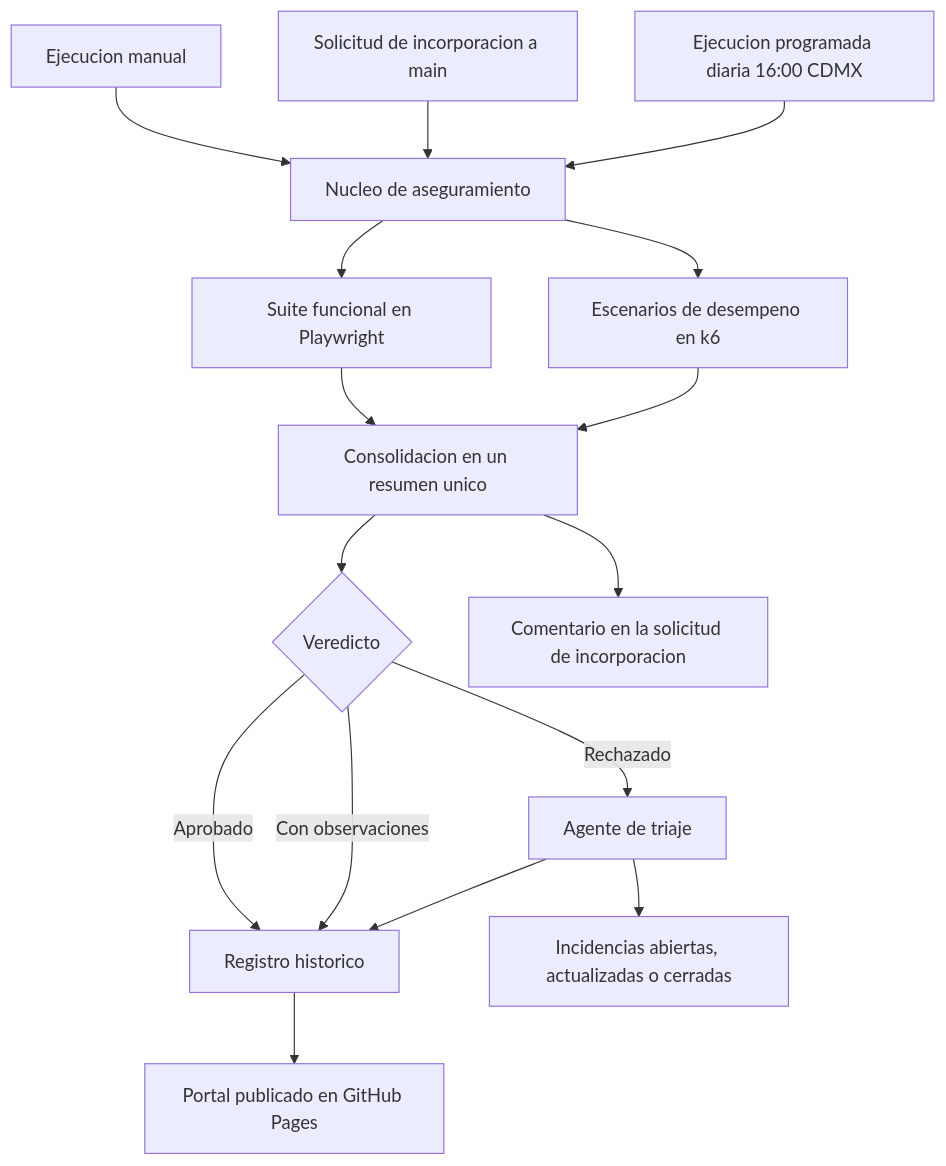
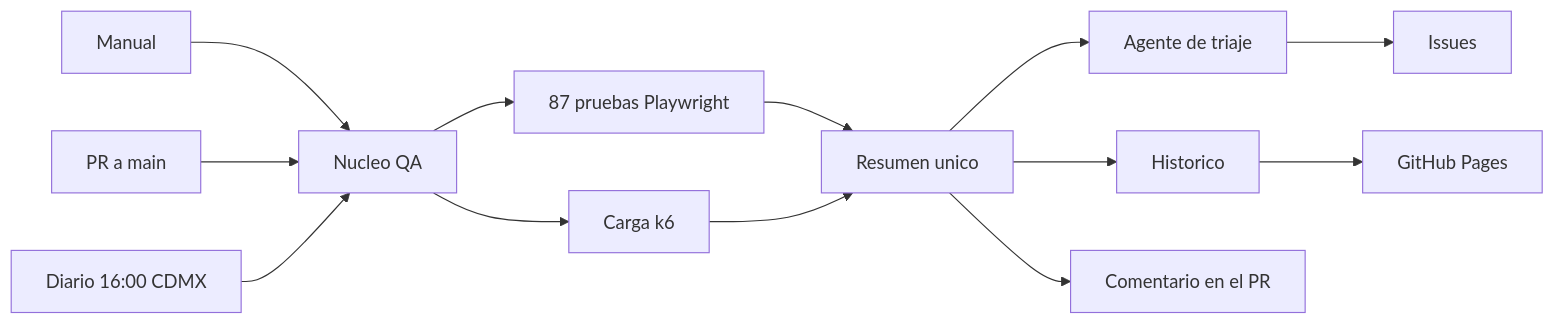
One commit to lrbg/TestAPI changed the diagram in README.md. Above: the diagram before and after it, drawn with Mermaid. The commit also changed other lines of this file and 4 other files, not shown here.

````diff
--- a/README.md
+++ b/README.md
@@ -132,22 +137,15 @@
 ```mermaid
-flowchart TD
-    A1[Ejecucion manual] --> N
-    A2[Solicitud de incorporacion a main] --> N
-    A3[Ejecucion programada diaria 16:00 CDMX] --> N
-
-    N[Nucleo de aseguramiento] --> F[Suite funcional en Playwright]
-    N --> P[Escenarios de desempeno en k6]
-
-    F --> C[Consolidacion en un resumen unico]
+flowchart LR
+    A1[Manual] --> N
+    A2[PR a main] --> N
+    A3[Diario 16:00 CDMX] --> N
+    N[Nucleo QA] --> F[87 pruebas Playwright]
+    N --> P[Carga k6]
+    F --> C[Resumen unico]
     P --> C
-
-    C --> V{Veredicto}
-    V -->|Aprobado| H[Registro historico]
-    V -->|Con observaciones| H
-    V -->|Rechazado| T[Agente de triaje]
-    T --> I[Incidencias abiertas, actualizadas o cerradas]
-    T --> H
-
-    H --> G[Portal publicado en GitHub Pages]
-    C --> R[Comentario en la solicitud de incorporacion]
+    C --> T[Agente de triaje]
+    T --> I[Issues]
+    C --> H[Historico]
+    H --> G[GitHub Pages]
+    C --> R[Comentario en el PR]
 ```
````
